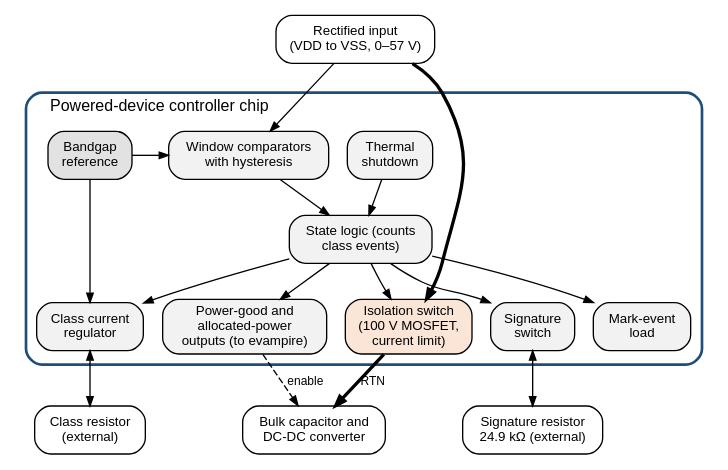
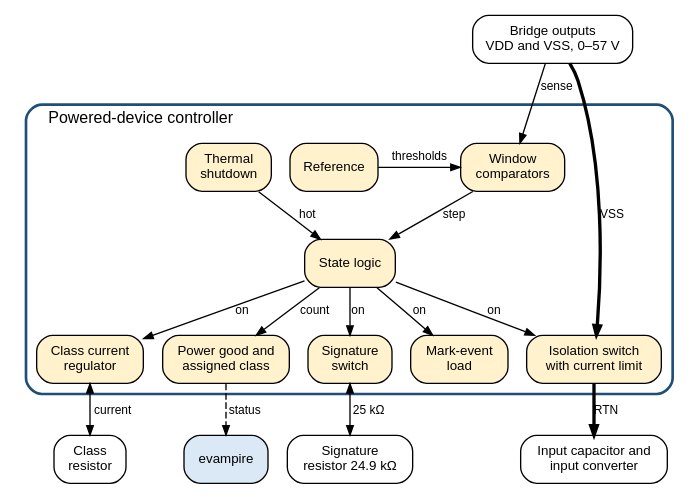
One commit to mithro/evampire changed the diagram in docs/power/poe/pd-controller.dot. Above: the diagram before and after it, drawn with Graphviz. The commit also changed 6 other files, not shown here.

Commit message:
Label every edge of the PoE diagrams and use the Type 2 example in the timeline

```diff
--- a/docs/power/poe/pd-controller.dot
+++ b/docs/power/poe/pd-controller.dot
@@ -1,53 +1,57 @@
-// Analog blocks inside a typical powered-device controller chip.
-// Bold arrows: power path. Thin arrows: control. Dashed: outputs.
+// Circuit blocks of a powered-device controller, as in commercial
+// controller chips. Every edge carries a text label; bold edges carry
+// power, thin edges carry control, dashed edges are outputs.
+//
+// Fill colours: power circuits #fff2cc, evampire #dbe8f5, external parts
+// #ffffff.
 //
 // SPDX-License-Identifier: Apache-2.0
 
 digraph pd_controller {
     graph [rankdir=TB, fontname="Helvetica", fontsize=12, nodesep=0.2,
            ranksep=0.35, newrank=true];
     node  [shape=box, style="rounded,filled", fillcolor="#f2f2f2",
            fontname="Helvetica", fontsize=10];
     edge  [fontname="Helvetica", fontsize=9, arrowsize=0.7];
 
-    vin   [label="Rectified input\n(VDD to VSS, 0–57 V)", fillcolor="#ffffff"];
-    rdet  [label="Signature resistor\n24.9 kΩ (external)", fillcolor="#ffffff"];
-    rcls  [label="Class resistor\n(external)", fillcolor="#ffffff"];
-    cbulk [label="Bulk capacitor and\nDC-DC converter", fillcolor="#ffffff"];
+    vin   [label="Bridge outputs\nVDD and VSS, 0–57 V", fillcolor="#ffffff"];
+    rdet  [label="Signature\nresistor 24.9 kΩ", fillcolor="#ffffff"];
+    rcls  [label="Class\nresistor", fillcolor="#ffffff"];
+    cbulk [label="Input capacitor and\ninput converter", fillcolor="#ffffff"];
+    evp   [label="evampire", fillcolor="#dbe8f5"];
 
     subgraph cluster_ic {
-        label="Powered-device controller chip"; labelloc="t"; labeljust="l";
+        label="Powered-device controller"; labelloc="t"; labeljust="l";
         style="rounded,bold"; color="#1f4e79";
 
-        ref    [label="Bandgap\nreference", fillcolor="#e2e2e2"];
-        cmp    [label="Window comparators\nwith hysteresis"];
-        otsd   [label="Thermal\nshutdown"];
-        fsm    [label="State logic (counts\nclass events)"];
-        detsw  [label="Signature\nswitch"];
-        markr  [label="Mark-event\nload"];
-        clsreg [label="Class current\nregulator"];
-        hs     [label="Isolation switch\n(100 V MOSFET,\ncurrent limit)", fillcolor="#fbe5d6"];
-        pg     [label="Power-good and\nallocated-power\noutputs (to evampire)"];
+        ref    [label="Reference", fillcolor="#fff2cc"];
+        cmp    [label="Window\ncomparators", fillcolor="#fff2cc"];
+        otsd   [label="Thermal\nshutdown", fillcolor="#fff2cc"];
+        fsm    [label="State logic", fillcolor="#fff2cc"];
+        detsw  [label="Signature\nswitch", fillcolor="#fff2cc"];
+        markr  [label="Mark-event\nload", fillcolor="#fff2cc"];
+        clsreg [label="Class current\nregulator", fillcolor="#fff2cc"];
+        hs     [label="Isolation switch\nwith current limit", fillcolor="#fff2cc"];
+        pg     [label="Power good and\nassigned class", fillcolor="#fff2cc"];
     }
 
     { rank=same; ref; cmp; otsd; }
     { rank=same; detsw; markr; clsreg; }
     { rank=same; hs; pg; }
-    { rank=same; rdet; rcls; cbulk; }
+    { rank=same; rdet; rcls; cbulk; evp; }
 
-    vin  -> cmp;
-    vin  -> hs    [penwidth=2.5];
-    ref  -> cmp;
-    otsd -> fsm;
-    cmp  -> fsm;
-    fsm  -> detsw;
-    fsm  -> markr;
-    fsm  -> clsreg;
-    fsm  -> hs;
-    fsm  -> pg;
-    ref  -> clsreg;
-    detsw -> rdet  [dir=both];
-    clsreg -> rcls [dir=both];
+    vin  -> cmp    [label="sense"];
+    vin  -> hs     [penwidth=2.5, label="VSS"];
+    ref  -> cmp    [label="thresholds"];
+    otsd -> fsm    [label="hot"];
+    cmp  -> fsm    [label="step"];
+    fsm  -> detsw  [label="on"];
+    fsm  -> markr  [label="on"];
+    fsm  -> clsreg [label="on"];
+    fsm  -> hs     [label="on"];
+    fsm  -> pg     [label="count"];
+    detsw -> rdet  [dir=both, label="25 kΩ"];
+    clsreg -> rcls [dir=both, label="current"];
     hs   -> cbulk  [penwidth=2.5, label="RTN"];
-    pg   -> cbulk  [style=dashed, label="enable"];
+    pg   -> evp    [style=dashed, label="status"];
 }
```
